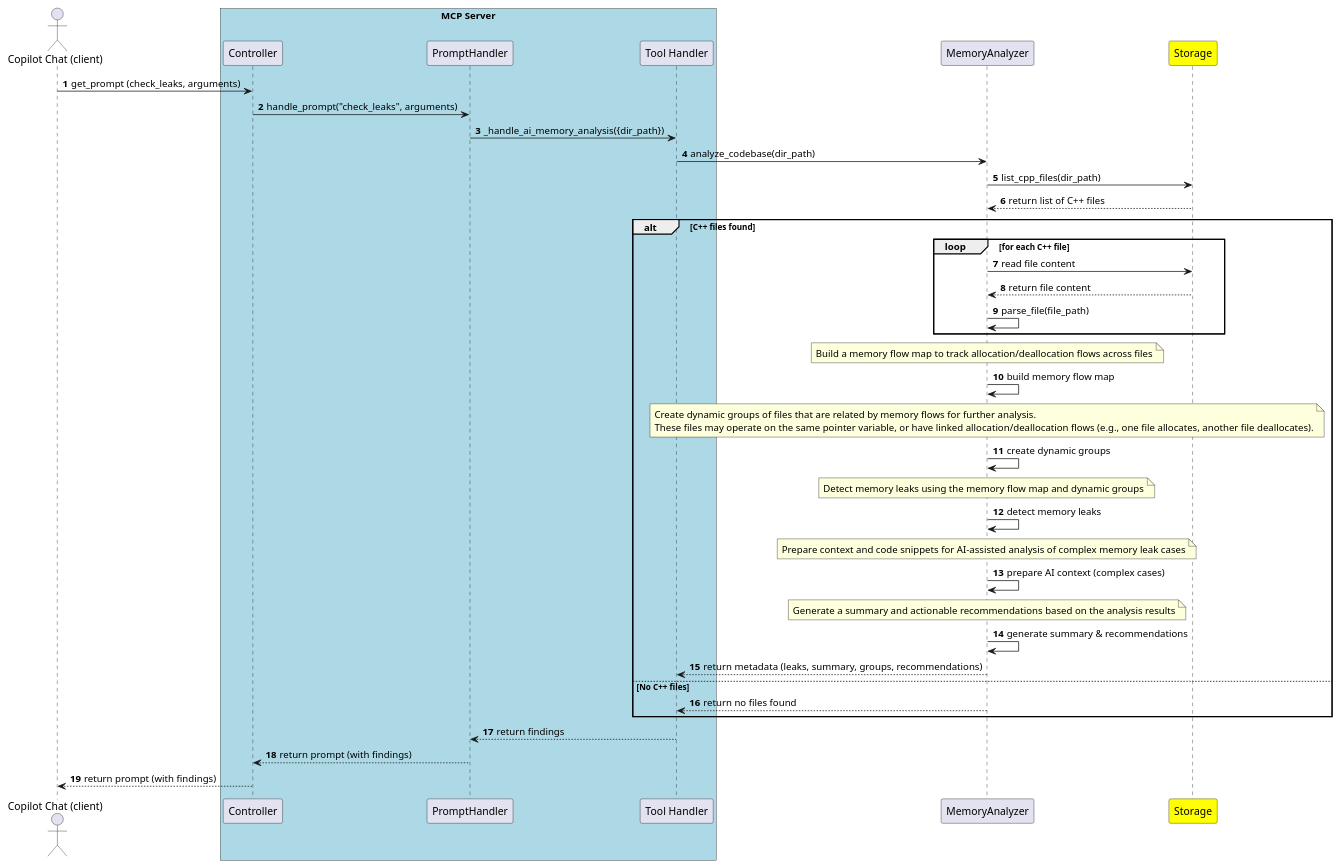
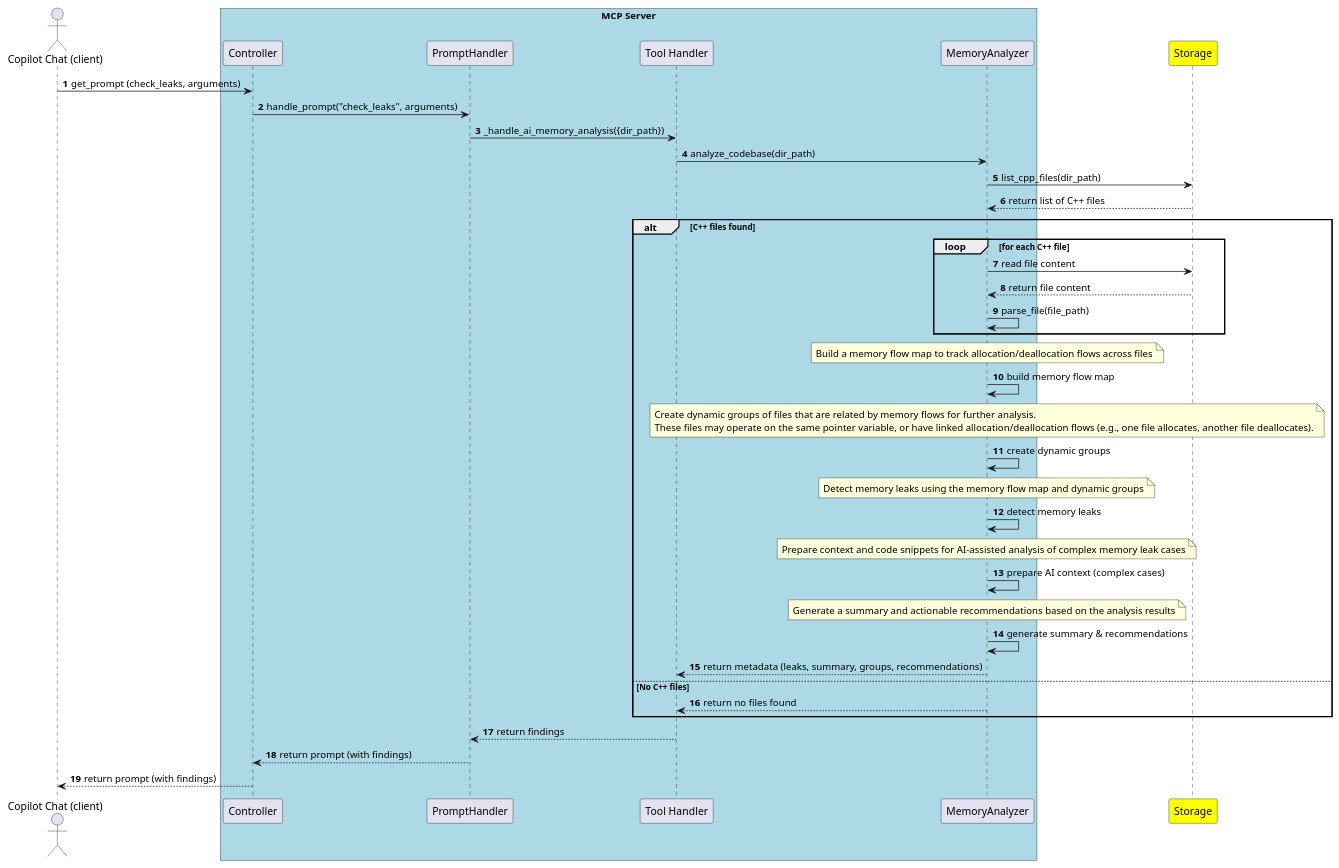
One commit to taikt/codefun changed the diagram in deepl/mcp_server/doc/mcp_prompt_check_leaks_sequence.puml. Above: the diagram before and after it, drawn with PlantUML. The commit also changed 16 other files, not shown here.

```diff
--- a/deepl/mcp_server/doc/mcp_prompt_check_leaks_sequence.puml
+++ b/deepl/mcp_server/doc/mcp_prompt_check_leaks_sequence.puml
@@ -1,63 +1,63 @@
 @startuml
 actor "Copilot Chat (client)" as copilot
 box "MCP Server" #LightBlue
   participant "Controller" as controller
   participant "PromptHandler" as promptHandler
   participant "Tool Handler" as toolHandler
+  participant "MemoryAnalyzer" as memoryAnalyzer
 end box
-participant "MemoryAnalyzer" as memoryAnalyzer
 participant "Storage" as storage #yellow
 
 autonumber
 copilot -> controller : get_prompt (check_leaks, arguments)
 controller -> promptHandler : handle_prompt("check_leaks", arguments)
 promptHandler -> toolHandler : _handle_ai_memory_analysis({dir_path})
 toolHandler -> memoryAnalyzer : analyze_codebase(dir_path)
 memoryAnalyzer -> storage : list_cpp_files(dir_path)
 storage --> memoryAnalyzer : return list of C++ files
 alt C++ files found
   loop for each C++ file
     ' Step 10: For each C++ file, read its content
     memoryAnalyzer -> storage : read file content
     storage --> memoryAnalyzer : return file content
     ' Step 11: Parse each file to extract memory operations (allocations/deallocations)
     memoryAnalyzer -> memoryAnalyzer : parse_file(file_path)
   end
   ' Step 12: Build a memory flow map to track allocation/deallocation flows across files
   note over memoryAnalyzer
      Build a memory flow map to track allocation/deallocation flows across files
   end note
   memoryAnalyzer -> memoryAnalyzer : build memory flow map
  
   ' Step 13: Create dynamic groups of files related by memory flows
   note over memoryAnalyzer
      Create dynamic groups of files that are related by memory flows for further analysis.
      These files may operate on the same pointer variable, or have linked allocation/deallocation flows (e.g., one file allocates, another file deallocates).
   end note
   memoryAnalyzer -> memoryAnalyzer : create dynamic groups
 
   ' Step 14: Detect memory leaks based on the memory flow map and groups
   note over memoryAnalyzer
      Detect memory leaks using the memory flow map and dynamic groups
   end note
   memoryAnalyzer -> memoryAnalyzer : detect memory leaks
 
   ' Step 15: Prepare AI context for complex cases
   note over memoryAnalyzer
      Prepare context and code snippets for AI-assisted analysis of complex memory leak cases
   end note
   memoryAnalyzer -> memoryAnalyzer : prepare AI context (complex cases)
 
   ' Step 16: Generate summary and actionable recommendations
   note over memoryAnalyzer
      Generate a summary and actionable recommendations based on the analysis results
   end note
   memoryAnalyzer -> memoryAnalyzer : generate summary & recommendations
   memoryAnalyzer --> toolHandler : return metadata (leaks, summary, groups, recommendations)
 else No C++ files
   memoryAnalyzer --> toolHandler : return no files found
 end
 toolHandler --> promptHandler : return findings
 promptHandler --> controller : return prompt (with findings)
 controller --> copilot : return prompt (with findings)
 @enduml
```
